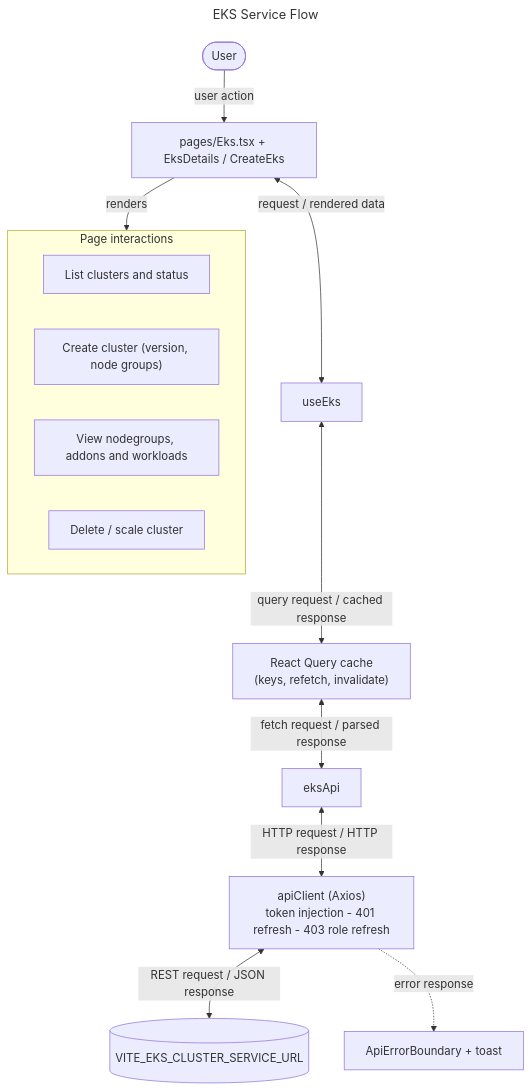
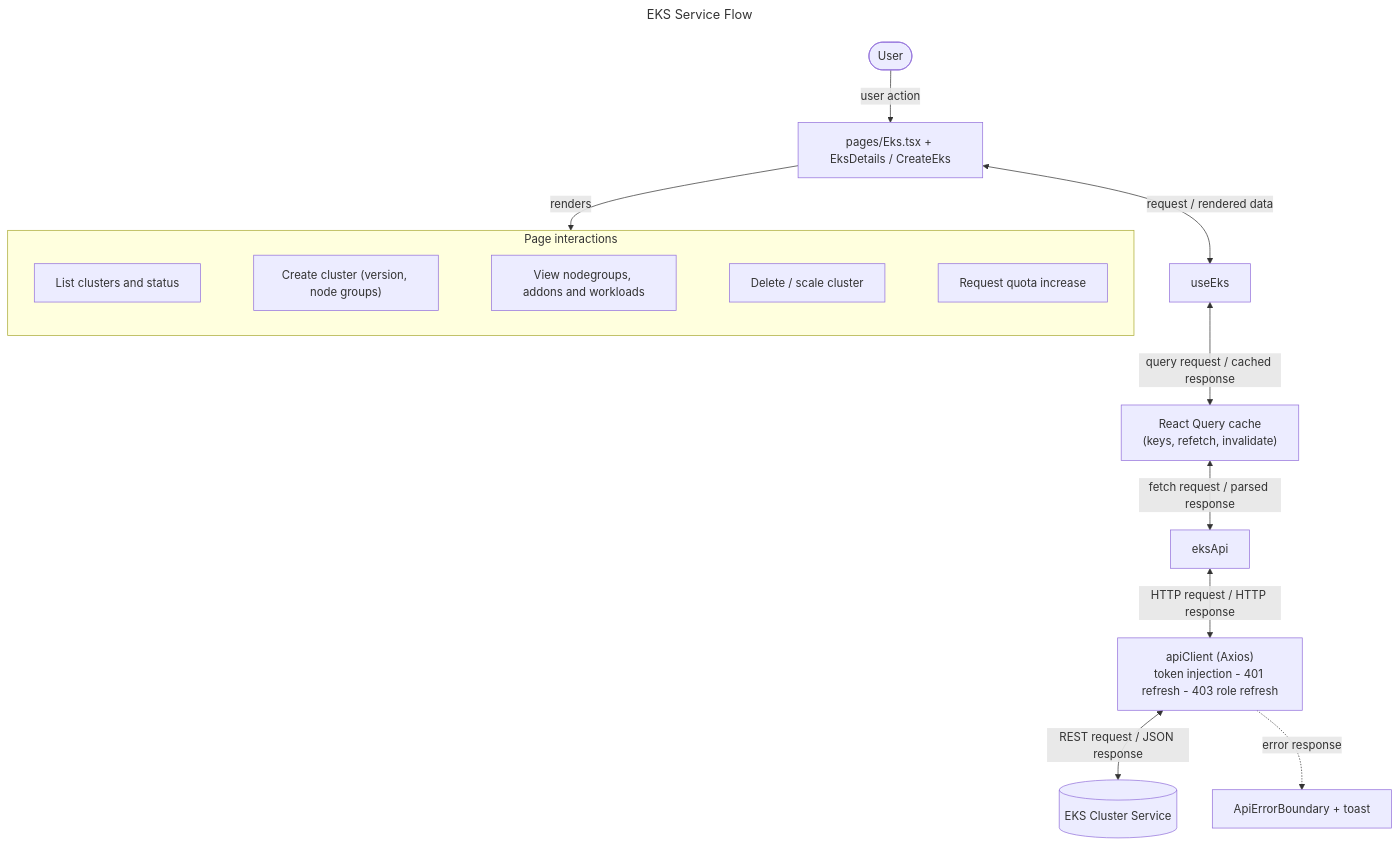
The diagram in docs/flowcharts/eks.mmd (sayeeduddinofficial/user-table-view), drawn with Mermaid before and after one commit. The commit also changed 87 other files, not shown here.

Commit message:
latest flow charts

```diff
--- a/docs/flowcharts/eks.mmd
+++ b/docs/flowcharts/eks.mmd
@@ -1,18 +1,21 @@
 ---
 title: EKS Service Flow
 ---
 flowchart TD
   U([User]) -->|"user action"| P["pages/Eks.tsx + EksDetails / CreateEks"]
   P <-->|"request / rendered data"| H["useEks"]
   H <-->|"query request / cached response"| Q["React Query cache<br/>(keys, refetch, invalidate)"]
   Q <-->|"fetch request / parsed response"| A["eksApi"]
   A <-->|"HTTP request / HTTP response"| C["apiClient (Axios)<br/>token injection - 401 refresh - 403 role refresh"]
-  C <-->|"REST request / JSON response"| S[("VITE_EKS_CLUSTER_SERVICE_URL")]
+  C <-->|"REST request / JSON response"| S[("EKS Cluster Service")]
   P -->|"renders"| UI
   subgraph UI[Page interactions]
+    direction LR
     S0["List clusters and status"]
     S1["Create cluster (version, node groups)"]
     S2["View nodegroups, addons and workloads"]
     S3["Delete / scale cluster"]
+    S4["Request quota increase"]
+    S0 ~~~ S1 ~~~ S2 ~~~ S3 ~~~ S4
   end
   C -. "error response" .-> E["ApiErrorBoundary + toast"]
```
